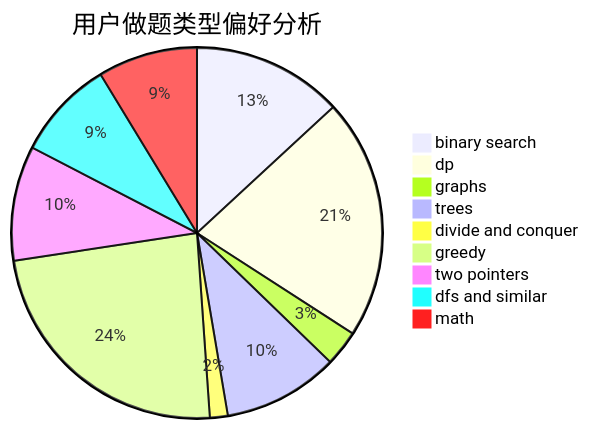
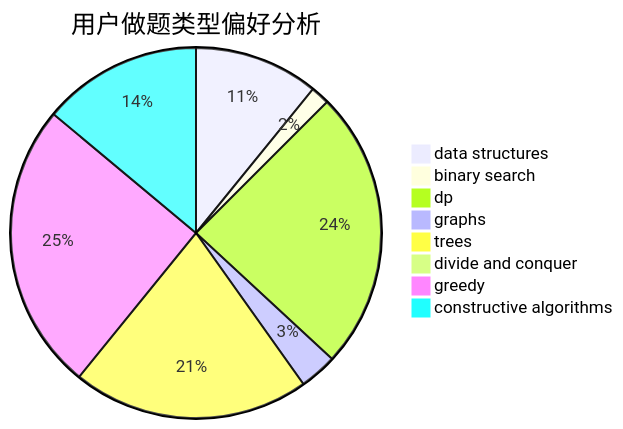
The second of 3 diagrams in docs/user/u1734.md (sherpahu/cfrs.github.io), drawn with Mermaid before and after one commit. The commit also changed other lines of this file and 2775 other files, not shown here.

````diff
--- a/docs/user/u1734.md
+++ b/docs/user/u1734.md
@@ -23,12 +23,11 @@
 ```mermaid
 pie title 用户做题类型偏好分析
-    "binary search" :  160
-    "dp" :  256
-    "graphs" :  38
-    "trees" :  123
-    "divide and conquer" :  19
-    "greedy" :  289
-    "two pointers" :  122
-    "dfs and similar" :  106
-    "math" :  106
+    "data structures" :  53
+    "binary search" :  8
+    "dp" :  119
+    "graphs" :  16
+    "trees" :  101
+    "divide and conquer" :  0
+    "greedy" :  123
+    "constructive algorithms" :  68
 ```
````
